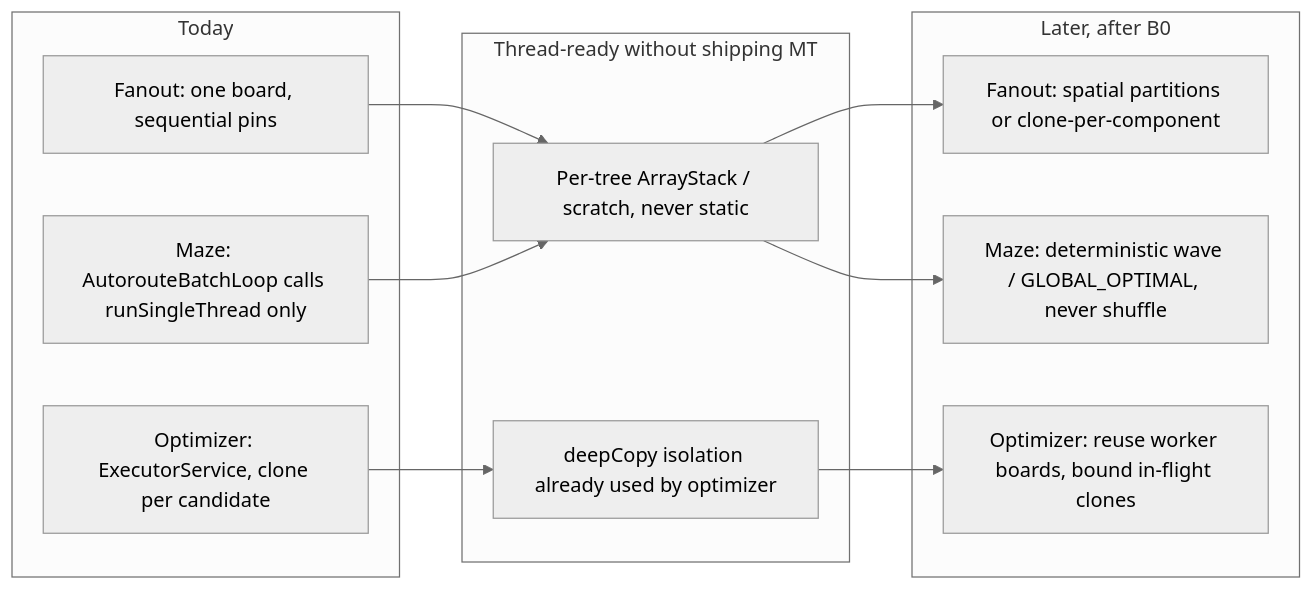
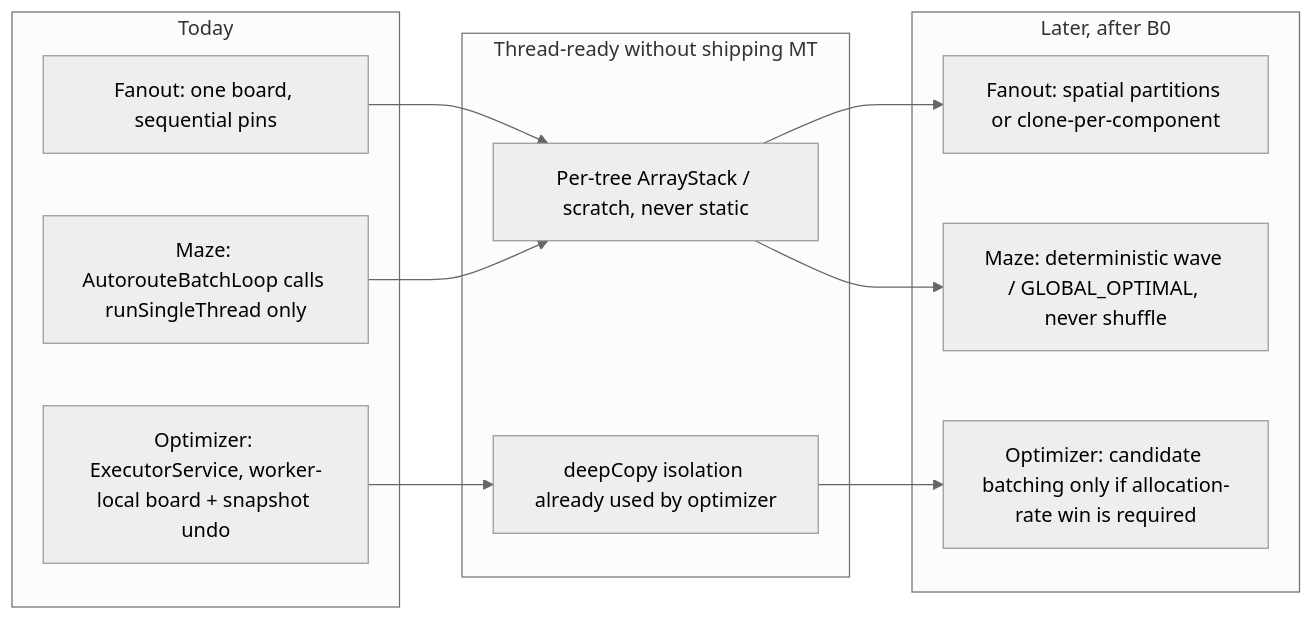
Before and after one commit to freerouting/freerouting: the third of 4 diagrams in docs/research/memory_allocation_optimization_plan.md, drawn with Mermaid (neutral theme). The commit also changed other lines of this file, not shown here.

Commit message:
Document optimizer reuse results

````diff
--- a/docs/research/memory_allocation_optimization_plan.md
+++ b/docs/research/memory_allocation_optimization_plan.md
@@ -1072,23 +1107,23 @@
 ```mermaid
 flowchart LR
     subgraph today [Today]
         F["Fanout: one board, sequential pins"]
         M["Maze: AutorouteBatchLoop calls runSingleThread only"]
-        O["Optimizer: ExecutorService, clone per candidate"]
+        O["Optimizer: ExecutorService, worker-local board + snapshot undo"]
     end
     subgraph ready [Thread-ready without shipping MT]
         S["Per-tree ArrayStack / scratch, never static"]
         C["deepCopy isolation already used by optimizer"]
     end
     subgraph later [Later, after B0]
         Fp["Fanout: spatial partitions or clone-per-component"]
         Mp["Maze: deterministic wave / GLOBAL_OPTIMAL, never shuffle"]
-        Op["Optimizer: reuse worker boards, bound in-flight clones"]
+        Op["Optimizer: candidate batching only if allocation-rate win is required"]
     end
     F --> S
     M --> S
     O --> C
     S --> Fp
     S --> Mp
     C --> Op
 ```
````
